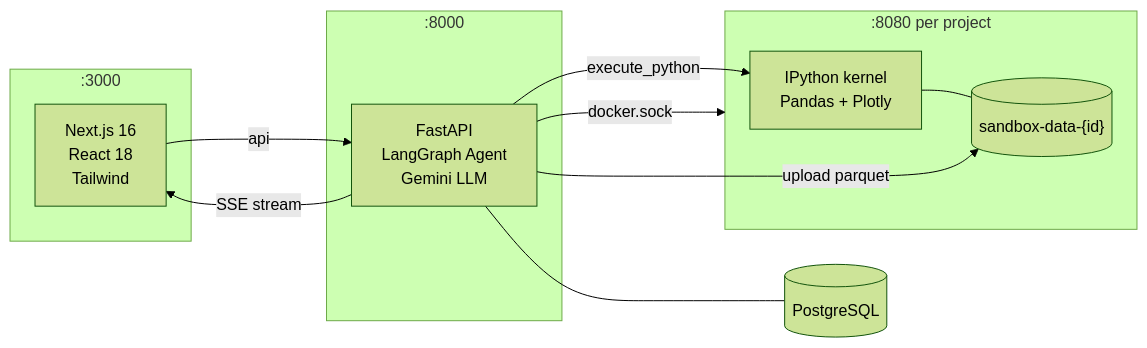
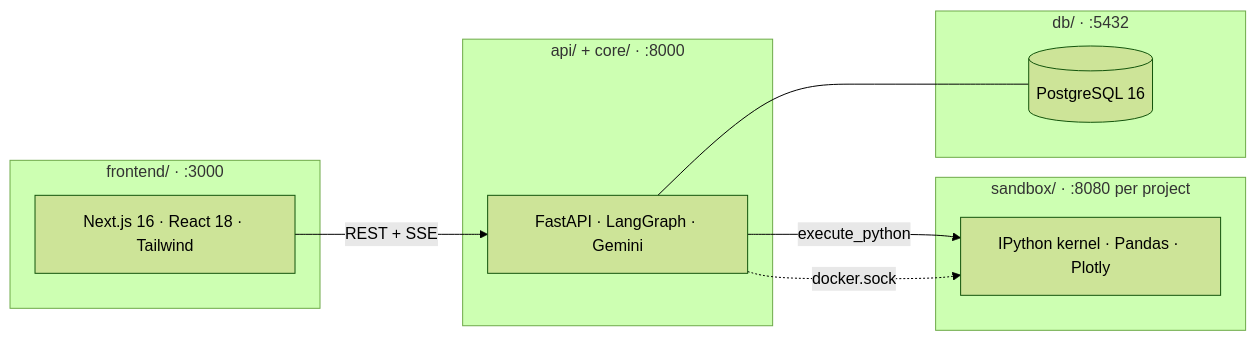
One commit to Orsso/data.agent changed the first of 2 diagrams in README.md. Above: the diagram before and after it, drawn with Mermaid (forest theme). The commit also changed other lines of this file and 4 other files, not shown here.

Commit message:
docs: add agent reasoning loop diagram and update README

````diff
--- a/README.md
+++ b/README.md
@@ -5,25 +22,23 @@
 ```mermaid
 graph LR
-    subgraph Frontend[":3000"]
-        Next["Next.js 16<br/>React 18<br/>Tailwind"]
+    subgraph "frontend/ · :3000"
+        Next["Next.js 16 · React 18 · Tailwind"]
     end
 
-    subgraph Backend[":8000"]
-        API["FastAPI<br/>LangGraph Agent<br/>Gemini LLM"]
+    subgraph "api/ + core/ · :8000"
+        Backend["FastAPI · LangGraph · Gemini"]
     end
 
-    subgraph Sandbox[":8080 per project"]
-        Kernel["IPython kernel<br/>Pandas + Plotly"]
-        Vol[("sandbox-data-{id}")]
-        Kernel --- Vol
+    subgraph "sandbox/ · :8080 per project"
+        Kernel["IPython kernel · Pandas · Plotly"]
     end
 
-    DB[(PostgreSQL)]
+    subgraph "db/ · :5432"
+        DB[("PostgreSQL 16")]
+    end
 
-    Next -->|"api"| API
-    API -->|"SSE stream"| Next
-    API --- DB
-    API -->|"upload parquet"| Vol
-    API -->|"execute_python"| Kernel
-    API -->|"docker.sock"| Sandbox
+    Next -- "REST + SSE" --> Backend
+    Backend --- DB
+    Backend -- "execute_python" --> Kernel
+    Backend -. "docker.sock" .-> Kernel
 ```
````
